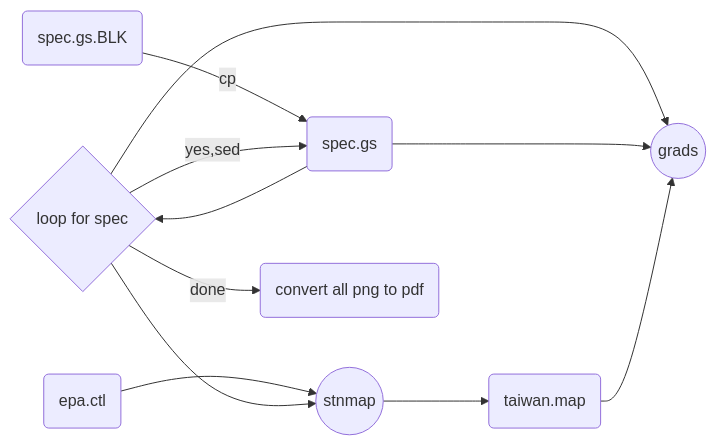
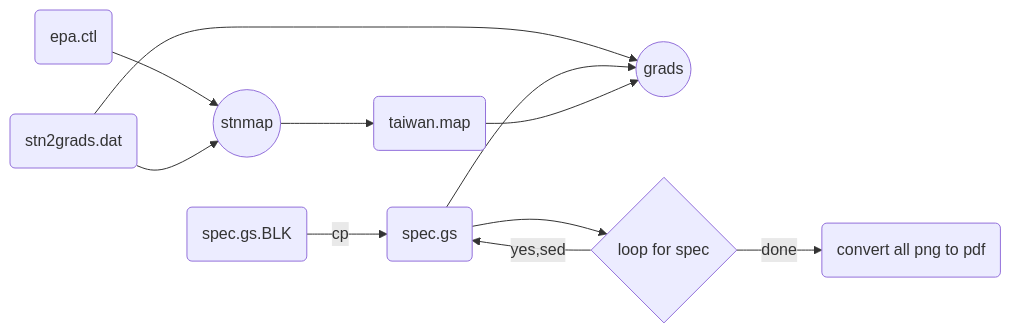
One commit to sinotec2/FAQ changed the third of 3 diagrams in _posts/2022-07-21-ovm2grads.md. Above: the diagram before and after it, drawn with Mermaid.

````diff
--- a/_posts/2022-07-21-ovm2grads.md
+++ b/_posts/2022-07-21-ovm2grads.md
@@ -51,13 +51,13 @@
 ```mermaid
 graph LR
     G(epa.ctl) --> H((stnmap))
     C(stn2grads.dat) --> H
     H --> I(taiwan.map)
     C --> E((grads))
     A(spec.gs.BLK) -- cp --> B(spec.gs)
-    B --> C{loop for spec}
-    C -- yes,sed --> B
+    B --> D{loop for spec}
+    D -- yes,sed --> B
     B --> E((grads))
     I --> E((grads))
-    C -- done --> D(convert all png to pdf)
+    D -- done --> F(convert all png to pdf)
 ```
````
